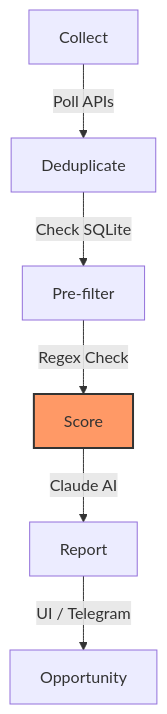
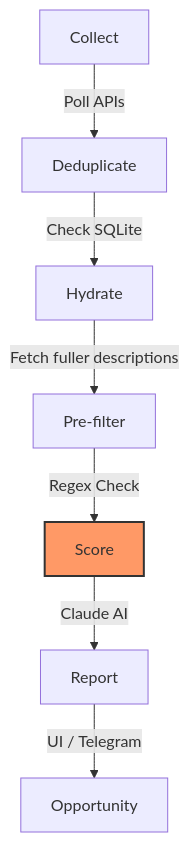
The diagram in README.md (jdziergwa/job-radar), drawn with Mermaid before and after one commit. The commit also changed other lines of this file and 7 other files, not shown here.

````diff
--- a/README.md
+++ b/README.md
@@ -163,10 +170,11 @@
 ```mermaid
 graph TD
     A[Collect] -->|Poll APIs| B[Deduplicate]
-    B -->|Check SQLite| C[Pre-filter]
-    C -->|Regex Check| D[Score]
-    D -->|Claude AI| E[Report]
-    E -->|UI / Telegram| F[Opportunity]
+    B -->|Check SQLite| C[Hydrate]
+    C -->|Fetch fuller descriptions| D[Pre-filter]
+    D -->|Regex Check| E[Score]
+    E -->|Claude AI| F[Report]
+    F -->|UI / Telegram| G[Opportunity]
     
-    style D fill:#f96,stroke:#333,stroke-width:2px
+    style E fill:#f96,stroke:#333,stroke-width:2px
 ```
````
